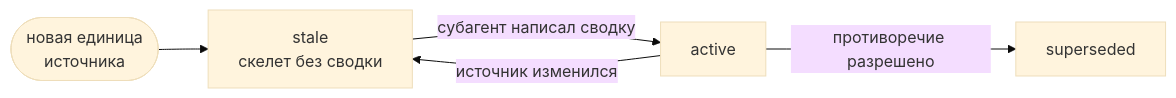
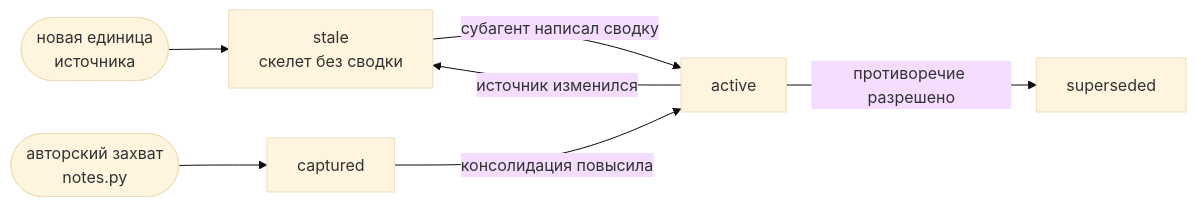
One commit to Kvazar123/llm-amg changed the first of 2 diagrams in docs/ru/architecture/02-data-model.md. Above: the diagram before and after it, drawn with Mermaid (base theme). The commit also changed other lines of this file and 16 other files, not shown here.

````diff
--- a/docs/ru/architecture/02-data-model.md
+++ b/docs/ru/architecture/02-data-model.md
@@ -116,7 +118,9 @@
 ```mermaid
 flowchart LR
     NEW(["новая единица<br/>источника"]) --> ST["stale<br/>скелет без сводки"]
     ST -->|субагент написал сводку| AC["active"]
+    CAP(["авторский захват<br/>notes.py"]) --> CP["captured"]
+    CP -->|консолидация повысила| AC
     AC -->|источник изменился| ST
     AC -->|противоречие разрешено| SUP["superseded"]
 ```
````
